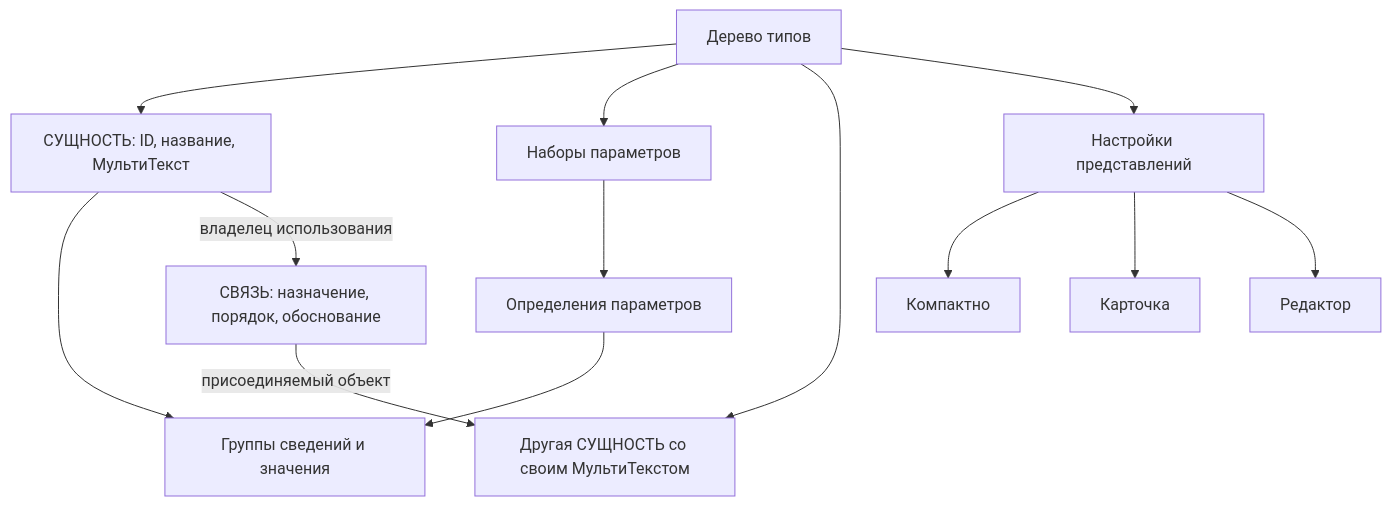
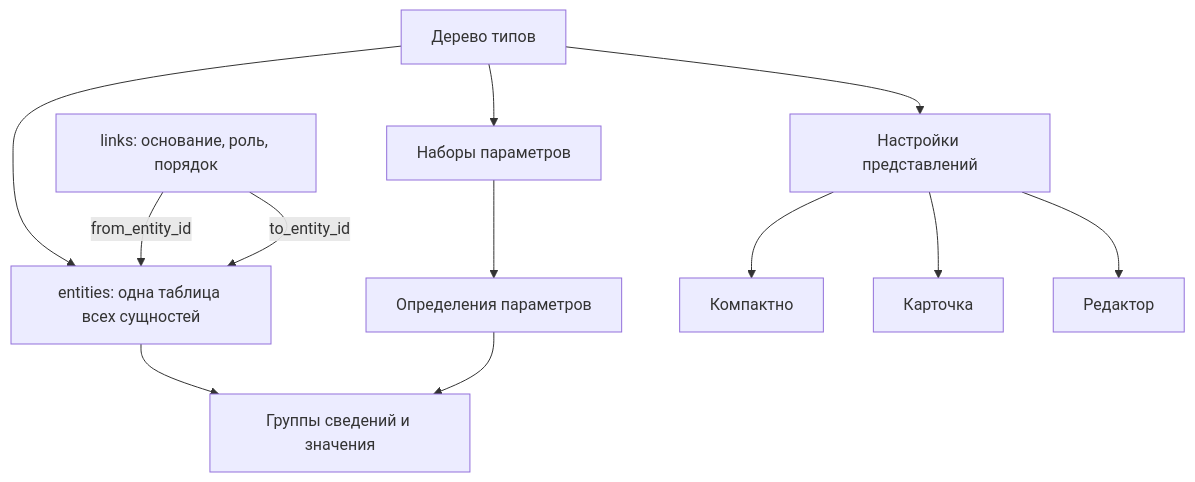
The diagram in WIKI/Схема данных — источники и отображения.md (softom/2vhutemas2), drawn with Mermaid before and after one commit. The commit also changed other lines of this file and 1 other file, not shown here.

Commit message:
Show all entity types in one shared table

````diff
--- a/WIKI/Схема данных — источники и отображения.md
+++ b/WIKI/Схема данных — источники и отображения.md
@@ -9,15 +9,14 @@
 ```mermaid
 flowchart TD
-    T[Дерево типов] --> E[СУЩНОСТЬ: ID, название, МультиТекст]
+    T[Дерево типов] --> E[entities: одна таблица всех сущностей]
     T --> N[Наборы параметров]
     N --> P[Определения параметров]
     E --> V[Группы сведений и значения]
     P --> V
-    E -->|владелец использования| L[СВЯЗЬ: назначение, порядок, обоснование]
-    L -->|присоединяемый объект| E2[Другая СУЩНОСТЬ со своим МультиТекстом]
-    T --> E2
+    L[links: основание, роль, порядок] -->|from_entity_id| E
+    L -->|to_entity_id| E
     T --> R[Настройки представлений]
     R --> C[Компактно]
     R --> K[Карточка]
     R --> ED[Редактор]
 ```
````
